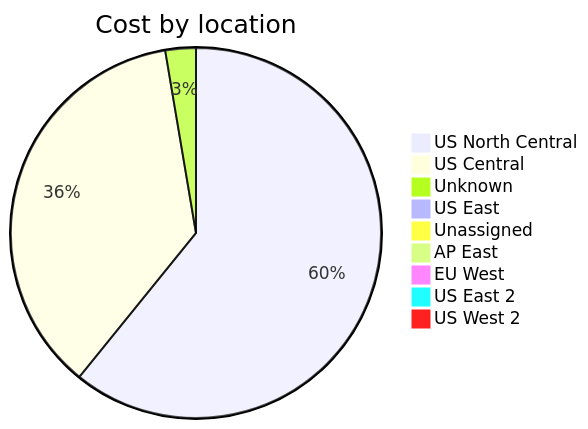
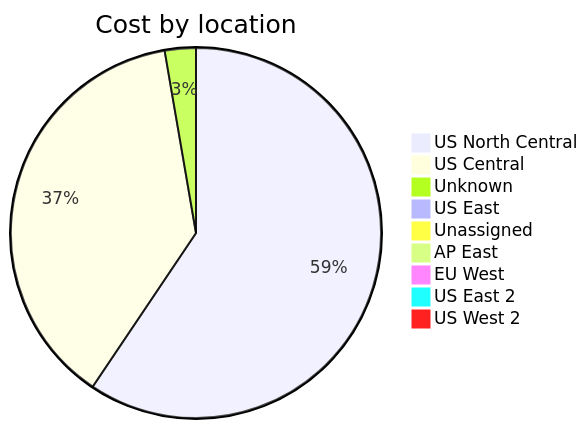
Before and after one commit to jpfulton/azure-personal-reports: the third of 4 diagrams in cost-reports/accumulated-cost.md, drawn with Mermaid. The commit also changed other lines of this file and 4 other files, not shown here.

````diff
--- a/cost-reports/accumulated-cost.md
+++ b/cost-reports/accumulated-cost.md
@@ -131,13 +131,13 @@
 ```mermaid
 pie
    title Cost by location
    "US North Central" : 15.77
-   "US Central" : 9.46
-   "Unknown" : 0.69
-   "US East" : 0.16
+   "US Central" : 10.05
+   "Unknown" : 0.72
+   "US East" : 0.17
    "Unassigned" : 0.10
    "AP East" : 0.00
    "EU West" : 0.00
    "US East 2" : 0.00
    "US West 2" : 0.00
 ```
````
